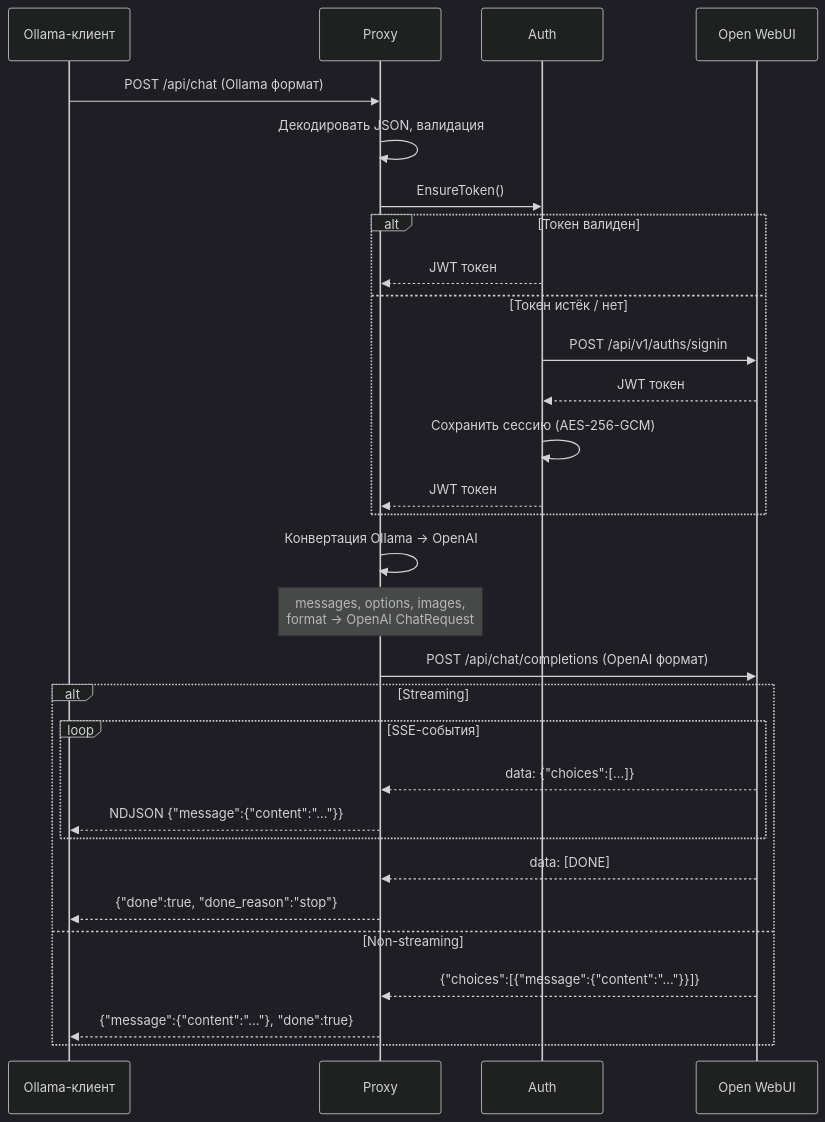
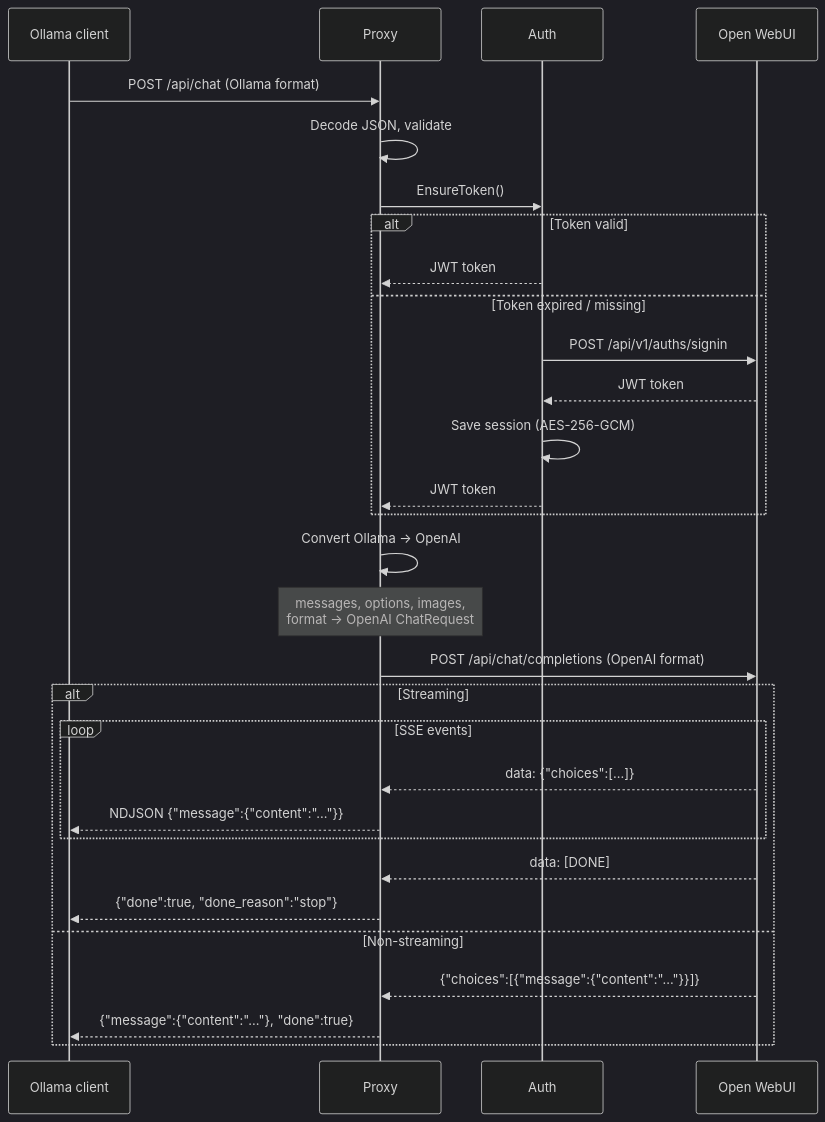
The second of 7 diagrams in README.md (voluminor/openwebui-ollama-proxy), drawn with Mermaid (dark theme) before and after one commit. The commit also changed other lines of this file and 1 other file, not shown here.

````diff
--- a/README.md
+++ b/README.md
@@ -107,34 +109,34 @@
 ```mermaid
 sequenceDiagram
-    participant C as Ollama-клиент
+    participant C as Ollama client
     participant P as Proxy
     participant A as Auth
     participant U as Open WebUI
-    C ->> P: POST /api/chat (Ollama формат)
-    P ->> P: Декодировать JSON, валидация
+    C ->> P: POST /api/chat (Ollama format)
+    P ->> P: Decode JSON, validate
     P ->> A: EnsureToken()
-    alt Токен валиден
-        A -->> P: JWT токен
-    else Токен истёк / нет
+    alt Token valid
+        A -->> P: JWT token
+    else Token expired / missing
         A ->> U: POST /api/v1/auths/signin
-        U -->> A: JWT токен
-        A ->> A: Сохранить сессию (AES-256-GCM)
-        A -->> P: JWT токен
+        U -->> A: JWT token
+        A ->> A: Save session (AES-256-GCM)
+        A -->> P: JWT token
     end
 
-    P ->> P: Конвертация Ollama → OpenAI
+    P ->> P: Convert Ollama → OpenAI
     Note over P: messages, options, images,<br/>format → OpenAI ChatRequest
-    P ->> U: POST /api/chat/completions (OpenAI формат)
+    P ->> U: POST /api/chat/completions (OpenAI format)
 
     alt Streaming
-        loop SSE-события
+        loop SSE events
             U -->> P: data: {"choices":[...]}
             P -->> C: NDJSON {"message":{"content":"..."}}
         end
         U -->> P: data: [DONE]
         P -->> C: {"done":true, "done_reason":"stop"}
     else Non-streaming
         U -->> P: {"choices":[{"message":{"content":"..."}}]}
         P -->> C: {"message":{"content":"..."}, "done":true}
     end
 ```
````
